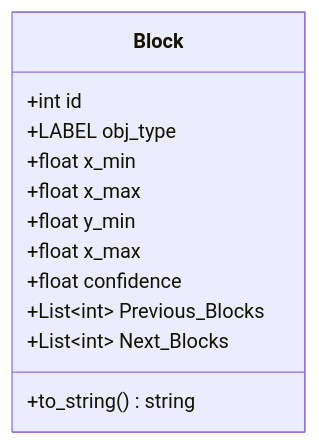
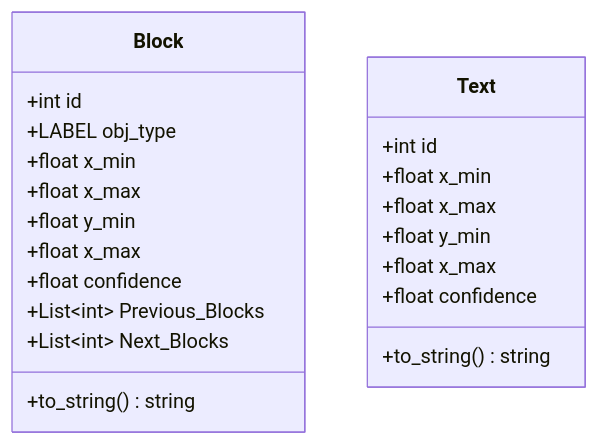
One commit to alochimpasplum/Sidekick-S-TFG changed the diagram in README.md. Above: the diagram before and after it, drawn with Mermaid. The commit also changed other lines of this file, not shown here.

````diff
--- a/README.md
+++ b/README.md
@@ -18,14 +18,24 @@
 ```mermaid
 classDiagram
     class Block
-    Block: +int id
-    Block: +LABEL obj_type
-    Block: +float x_min
-    Block: +float x_max
-    Block: +float y_min
-    Block: +float x_max
-    Block: +float confidence
-    Block: +List~int~ Previous_Blocks
-    Block: +List~int~ Next_Blocks
-    Block: +to_string() string
+      Block: +int id
+      Block: +LABEL obj_type
+      Block: +float x_min
+      Block: +float x_max
+      Block: +float y_min
+      Block: +float x_max
+      Block: +float confidence
+      Block: +List~int~ Previous_Blocks
+      Block: +List~int~ Next_Blocks
+      Block: +to_string() string
+      
+    class Text
+      Text: +int id
+      Text: +float x_min
+      Text: +float x_max
+      Text: +float y_min
+      Text: +float x_max
+      Text: +float confidence
+      Text: +to_string() string
+
 ```
````
